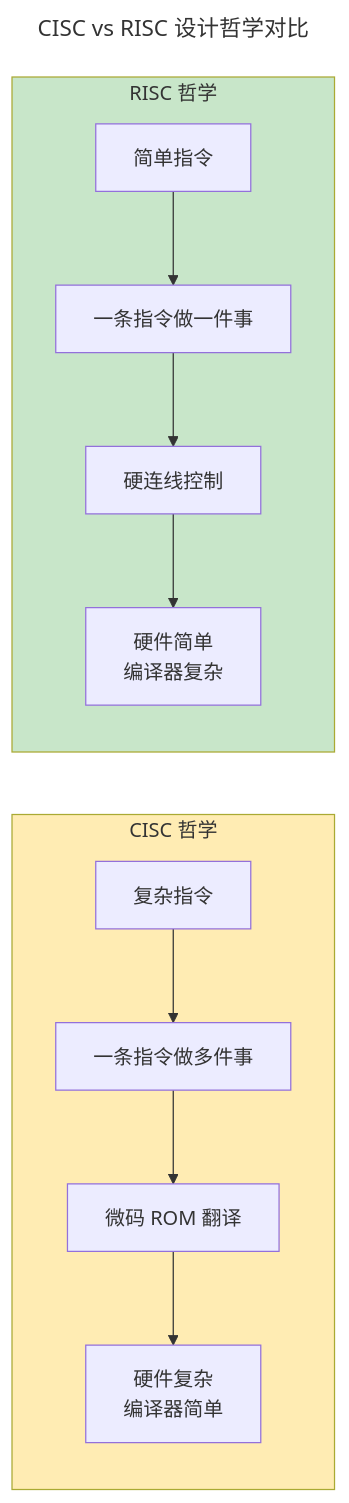
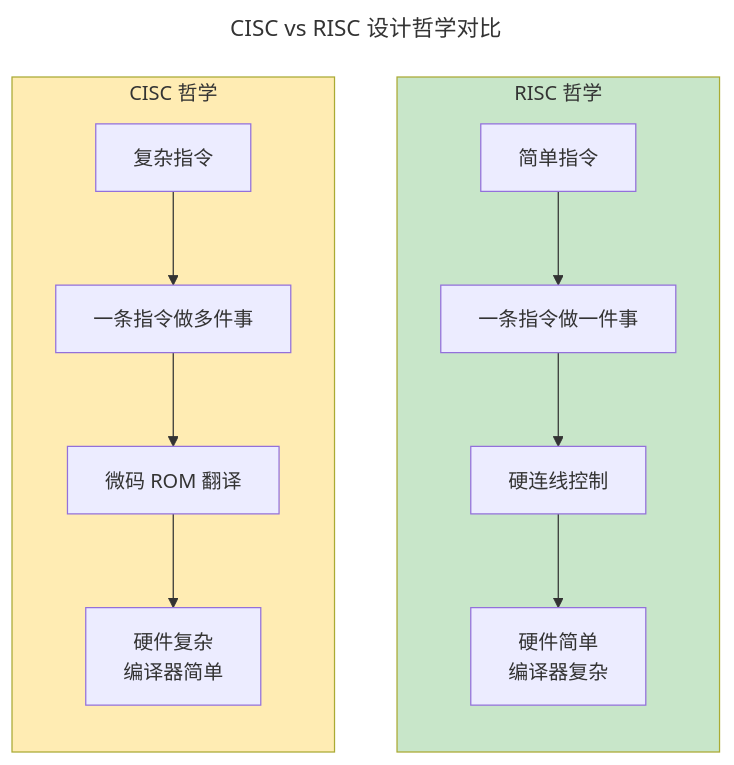
The first of 3 diagrams in src/content/docs/01-weichen/05-instruction-set-architecture.md (yadayanxue/silicon-strides), drawn with Mermaid before and after one commit.

Commit message:
fix: CISC vs RISC Mermaid 改为并排布局 (flowchart LR + invisible edge)

````diff
--- a/src/content/docs/01-weichen/05-instruction-set-architecture.md
+++ b/src/content/docs/01-weichen/05-instruction-set-architecture.md
@@ -15,19 +15,23 @@
 ```mermaid
 ---
 title: CISC vs RISC 设计哲学对比
 ---
-graph LR
+flowchart LR
     subgraph CISC[CISC 哲学]
+        direction TB
         A1[复杂指令] --> A2[一条指令做多件事]
         A2 --> A3[微码 ROM 翻译]
-        A3 --> A4[硬件复杂<br/>编译器简单]
+        A3 --> A4["硬件复杂<br/>编译器简单"]
     end
     subgraph RISC[RISC 哲学]
+        direction TB
         B1[简单指令] --> B2[一条指令做一件事]
         B2 --> B3[硬连线控制]
-        B3 --> B4[硬件简单<br/>编译器复杂]
+        B3 --> B4["硬件简单<br/>编译器复杂"]
     end
+    
+    CISC ~~~ RISC
     
     style CISC fill:#ffecb3
     style RISC fill:#c8e6c9
 ```
````
